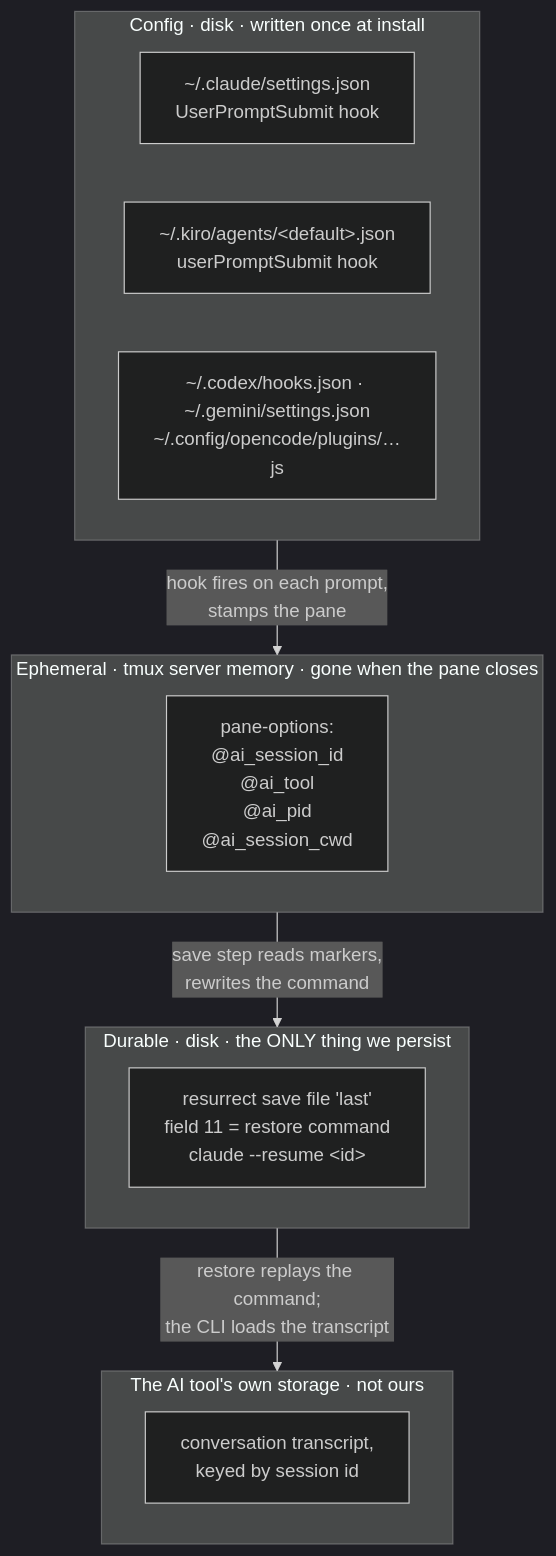
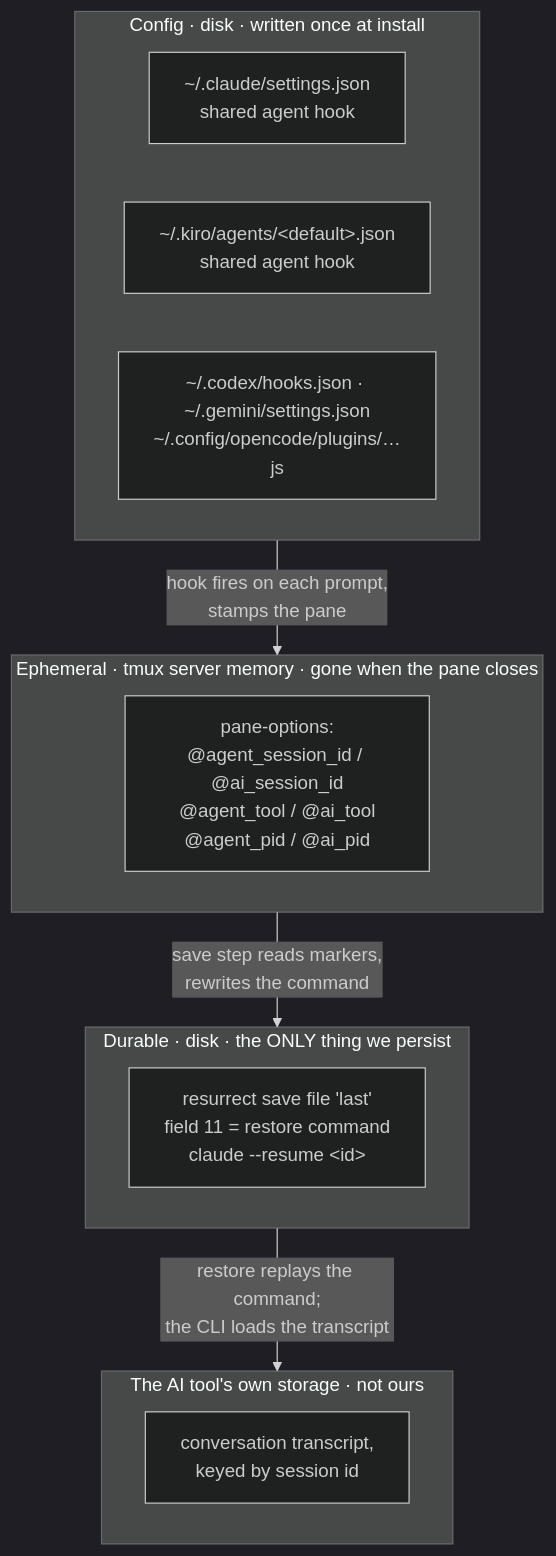
The third of 3 diagrams in README.md (harnessed-ai/tmux-ai-sessions-restore), drawn with Mermaid (dark theme) before and after one commit. The commit also changed other lines of this file and 11 other files, not shown here.

First line of the commit message:
Claude Code and Kiro: use the shared agent hook instead of our own

````diff
--- a/README.md
+++ b/README.md
@@ -267,20 +291,20 @@
 ```mermaid
 flowchart TB
     subgraph cfg["Config · disk · written once at install"]
-        c1["~/.claude/settings.json<br/>UserPromptSubmit hook"]
-        c2["~/.kiro/agents/&lt;default&gt;.json<br/>userPromptSubmit hook"]
+        c1["~/.claude/settings.json<br/>shared agent hook"]
+        c2["~/.kiro/agents/&lt;default&gt;.json<br/>shared agent hook"]
         c3["~/.codex/hooks.json · ~/.gemini/settings.json<br/>~/.config/opencode/plugins/…js"]
     end
     subgraph eph["Ephemeral · tmux server memory · gone when the pane closes"]
-        e1["pane-options:<br/>@ai_session_id<br/>@ai_tool<br/>@ai_pid<br/>@ai_session_cwd"]
+        e1["pane-options:<br/>@agent_session_id / @ai_session_id<br/>@agent_tool / @ai_tool<br/>@agent_pid / @ai_pid"]
     end
     subgraph dur["Durable · disk · the ONLY thing we persist"]
         d1["resurrect save file 'last'<br/>field 11 = restore command<br/>claude --resume &lt;id&gt;"]
     end
     subgraph ext["The AI tool's own storage · not ours"]
         x1["conversation transcript,<br/>keyed by session id"]
     end
     cfg -->|"hook fires on each prompt,<br/>stamps the pane"| eph
     eph -->|"save step reads markers,<br/>rewrites the command"| dur
     dur -->|"restore replays the command;<br/>the CLI loads the transcript"| ext
 ```
````
